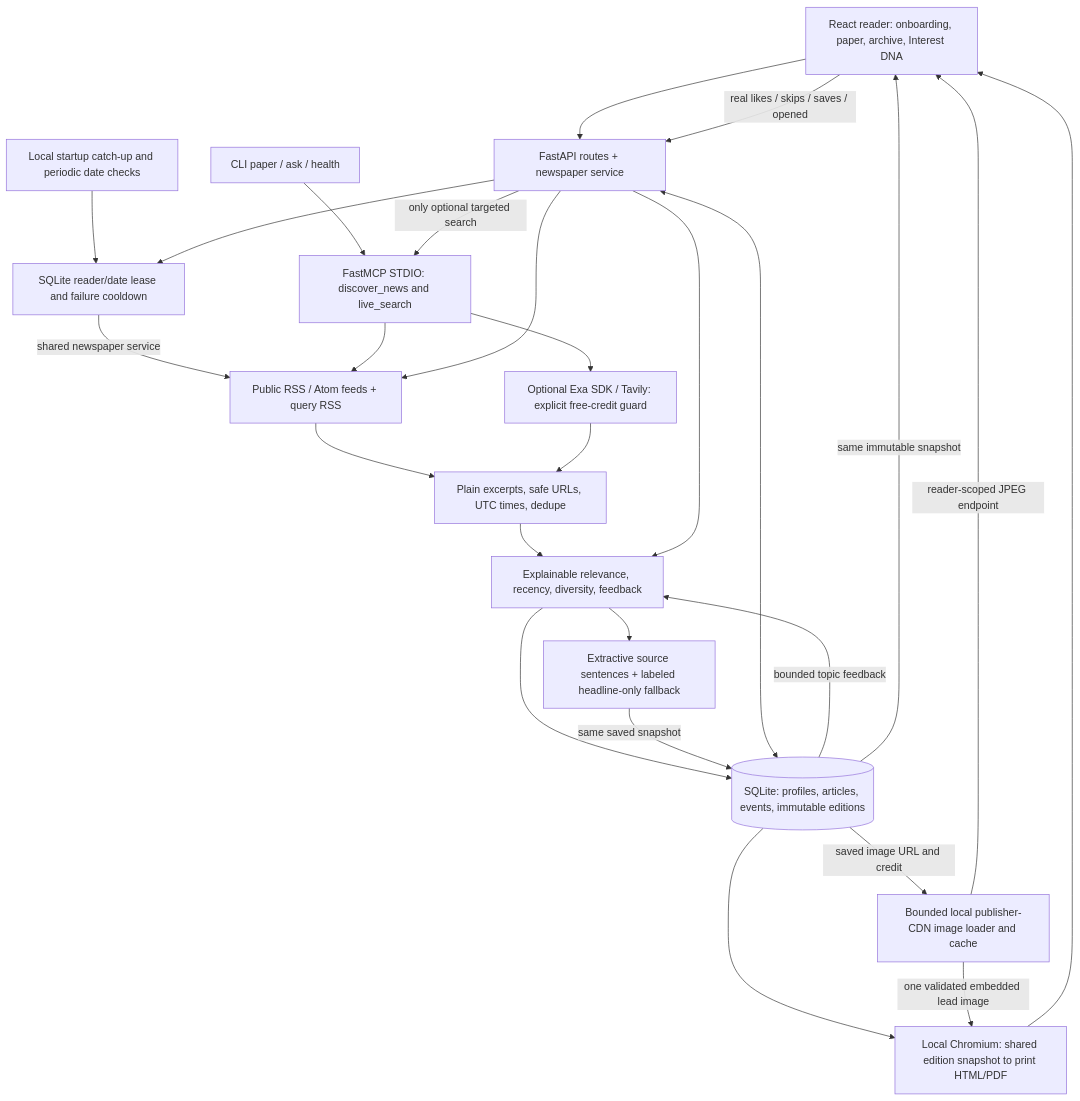
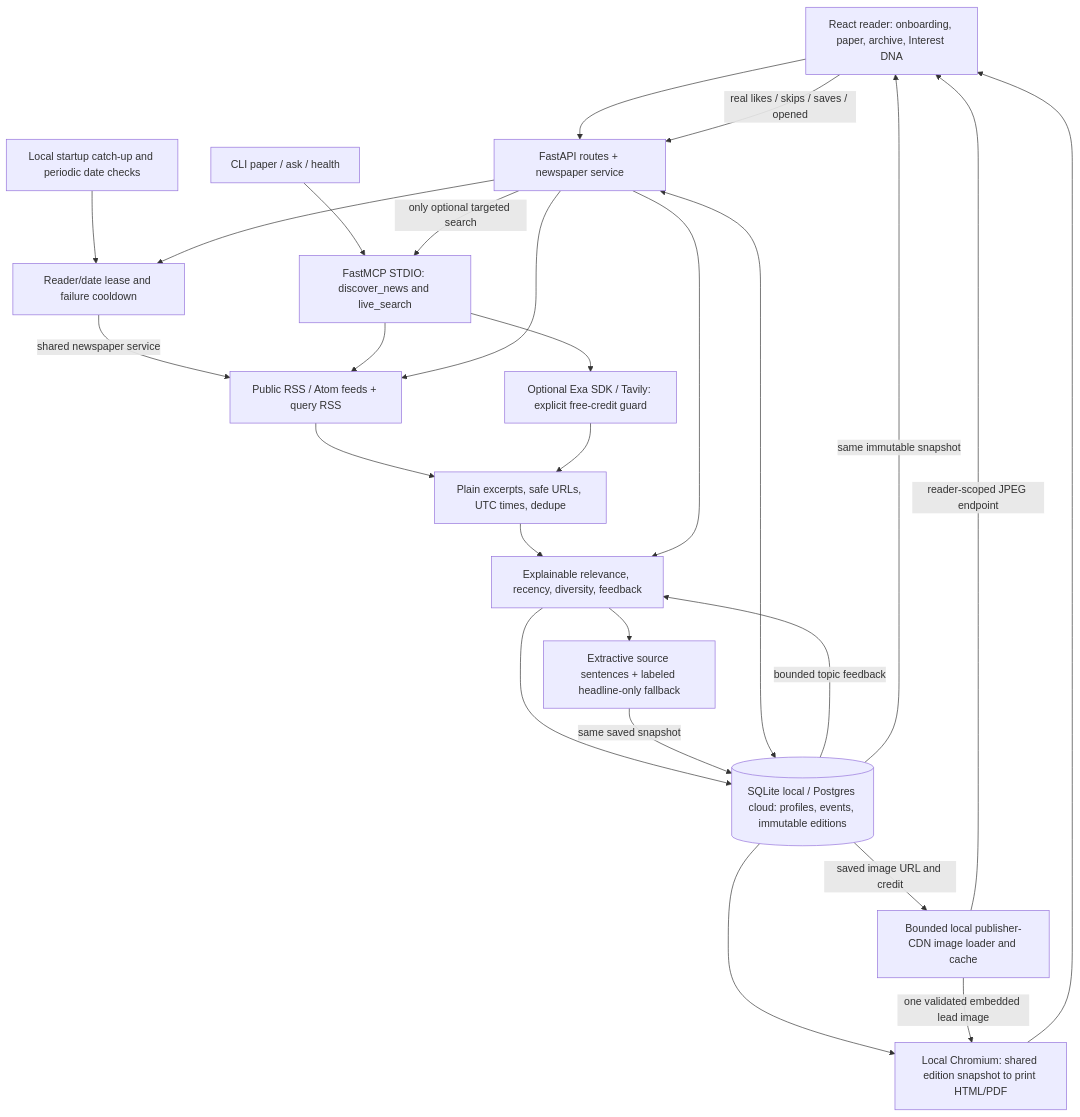
Before and after one commit to Uzair-Ibrahim/The-Daily-Minds: the second of 2 diagrams in ARCHITECTURE.md, drawn with Mermaid. The commit also changed 4 other files, not shown here.

````diff
--- a/ARCHITECTURE.md
+++ b/ARCHITECTURE.md
@@ -48,42 +48,42 @@
 ```mermaid
 flowchart TD
     Reader[React reader: onboarding, paper, archive, Interest DNA]
     API[FastAPI routes + newspaper service]
     RSS[Public RSS / Atom feeds + query RSS]
     Tools[FastMCP STDIO: discover_news and live_search]
     Search[Optional Exa SDK / Tavily: explicit free-credit guard]
     Normalize[Plain excerpts, safe URLs, UTC times, dedupe]
     Rank[Explainable relevance, recency, diversity, feedback]
     Memory[Extractive source sentences + labeled headline-only fallback]
-    DB[(SQLite: profiles, articles, events, immutable editions)]
+    DB[(SQLite local / Postgres cloud: profiles, events, immutable editions)]
     PDF[Local Chromium: shared edition snapshot to print HTML/PDF]
     CLI[CLI paper / ask / health]
     Scheduler[Local startup catch-up and periodic date checks]
-    Lease[SQLite reader/date lease and failure cooldown]
+    Lease[Reader/date lease and failure cooldown]
     Images[Bounded local publisher-CDN image loader and cache]
     Reader --> API
     Scheduler --> Lease
     API --> Lease
     Lease -->|shared newspaper service| RSS
     CLI --> Tools
     Tools --> RSS
     Tools --> Search
     API --> RSS
     API -->|only optional targeted search| Tools
     RSS --> Normalize
     Search --> Normalize
     Normalize --> Rank
     API --> Rank
     Rank --> DB
     Rank --> Memory
     Memory -->|same saved snapshot| DB
     API <--> DB
     Reader -->|real likes / skips / saves / opened| API
     DB -->|bounded topic feedback| Rank
     DB -->|same immutable snapshot| Reader
     DB --> PDF
     DB -->|saved image URL and credit| Images
     Images -->|reader-scoped JPEG endpoint| Reader
     Images -->|one validated embedded lead image| PDF
     PDF --> Reader
 ```
````
